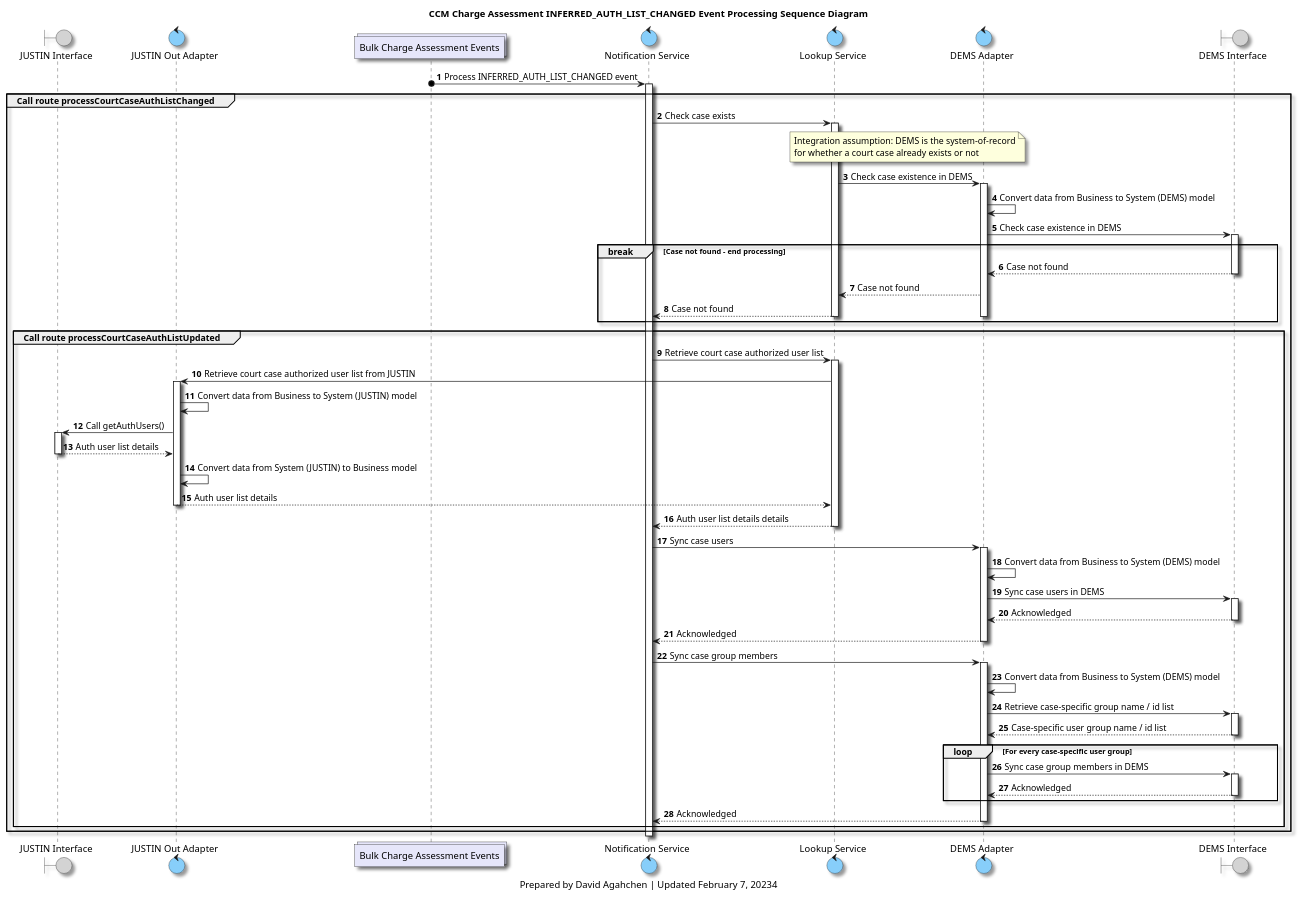
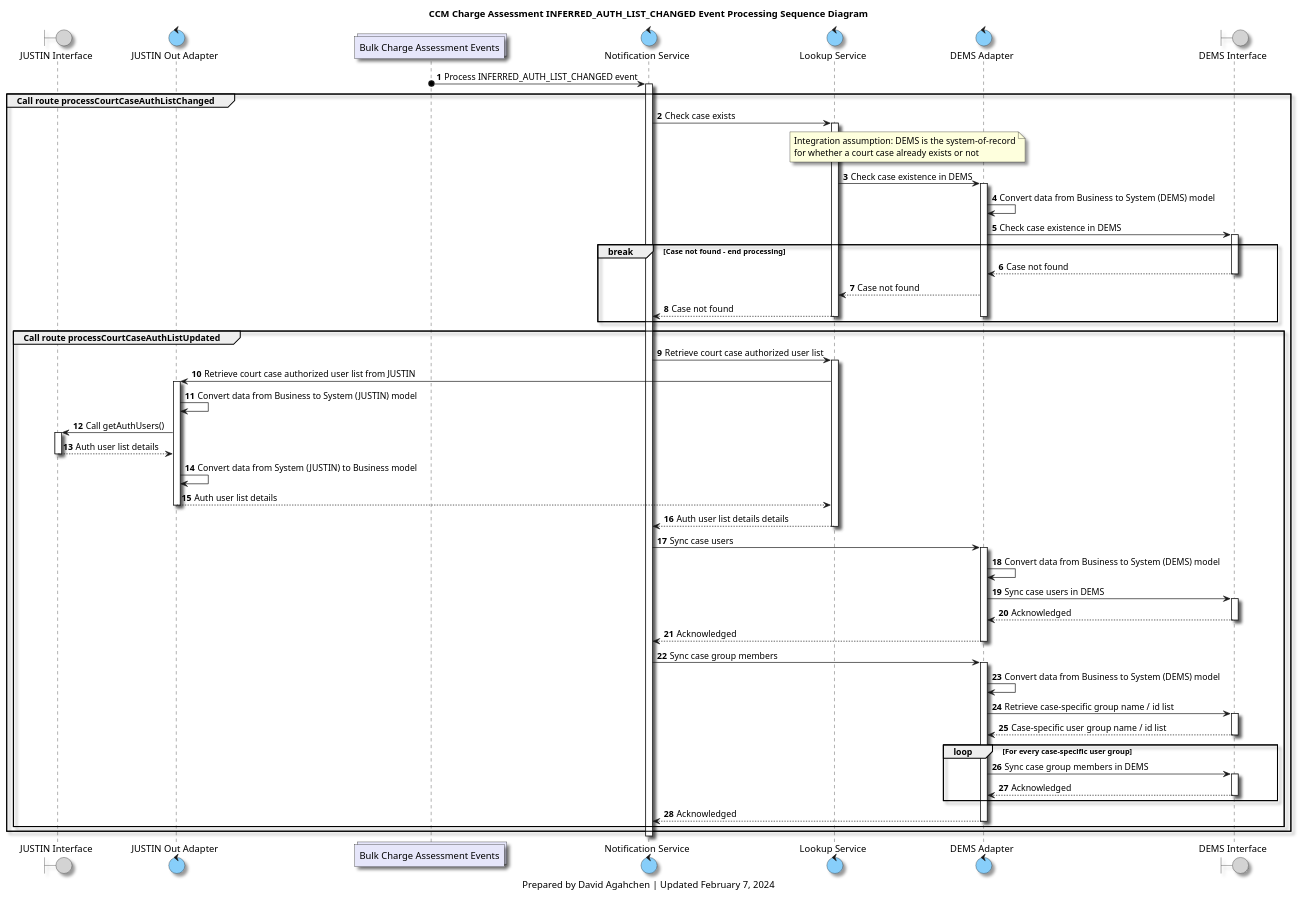
One commit to bcgov/jpss-jade-ccm changed the diagram in diagrams/ccm_charge_assessment_inferred_auth_list_changed_processing_sequence_diagram.plantuml. Above: the diagram before and after it, drawn with PlantUML. The commit also changed 5 other files, not shown here.

Commit message:
Update processing intervals and diagram dates

```diff
--- a/diagrams/ccm_charge_assessment_inferred_auth_list_changed_processing_sequence_diagram.plantuml
+++ b/diagrams/ccm_charge_assessment_inferred_auth_list_changed_processing_sequence_diagram.plantuml
@@ -1,106 +1,106 @@
 @startuml
 'hide footbox
 
 skinparam Shadowing true
 skinparam CollectionsBackgroundColor Lavender
 skinparam ControlBackgroundColor LightSkyBlue
 skinparam BoundaryBackgroundColor LightGrey
 
 /' 
 Available colours
 https://plantuml-documentation.readthedocs.io/en/latest/formatting/color-names.html
 '/
 
 boundary j_interface as "JUSTIN Interface"
 control j_adapter as "JUSTIN Out Adapter"
 collections inferred_charge_assessments_topic as "Bulk Charge Assessment Events"
 control notification_service as "Notification Service"
 control lookup_service as "Lookup Service"
 control d_adapter as "DEMS Adapter"
 boundary d_interface as "DEMS Interface"
 
 title
 CCM Charge Assessment INFERRED_AUTH_LIST_CHANGED Event Processing Sequence Diagram
 end title
 
 autonumber
 
 inferred_charge_assessments_topic o-> notification_service : Process INFERRED_AUTH_LIST_CHANGED event
 activate notification_service
 
 group Call route processCourtCaseAuthListChanged
 
     notification_service -> lookup_service: Check case exists
     activate lookup_service
     note over lookup_service, d_adapter
     Integration assumption: DEMS is the system-of-record
     for whether a court case already exists or not
     end note
     lookup_service -> d_adapter: Check case existence in DEMS
     activate d_adapter
     d_adapter -> d_adapter: Convert data from Business to System (DEMS) model
     d_adapter -> d_interface: Check case existence in DEMS
     activate d_interface
 
     break Case not found - end processing
     d_interface --> d_adapter: Case not found
     deactivate d_interface
     d_adapter --> lookup_service: Case not found
     lookup_service --> notification_service: Case not found
     deactivate lookup_service
     deactivate d_adapter
     end break
 
     group Call route processCourtCaseAuthListUpdated
 
         notification_service -> lookup_service: Retrieve court case authorized user list
         activate lookup_service
         lookup_service -> j_adapter: Retrieve court case authorized user list from JUSTIN
 
         activate j_adapter
         j_adapter -> j_adapter: Convert data from Business to System (JUSTIN) model
         j_adapter -> j_interface: Call getAuthUsers()
         activate j_interface
         j_interface --> j_adapter: Auth user list details
         deactivate j_interface
         j_adapter -> j_adapter: Convert data from System (JUSTIN) to Business model
         j_adapter --> lookup_service: Auth user list details
         deactivate j_adapter
 
         lookup_service --> notification_service: Auth user list details details
         deactivate lookup_service
 
         notification_service -> d_adapter: Sync case users
         activate d_adapter
         d_adapter -> d_adapter: Convert data from Business to System (DEMS) model
         d_adapter -> d_interface: Sync case users in DEMS
         activate d_interface
         d_interface --> d_adapter: Acknowledged
         deactivate d_interface
         d_adapter --> notification_service: Acknowledged
         deactivate d_adapter
 
         notification_service -> d_adapter: Sync case group members
         activate d_adapter
         d_adapter -> d_adapter: Convert data from Business to System (DEMS) model
         d_adapter -> d_interface: Retrieve case-specific group name / id list
         activate d_interface
         d_interface --> d_adapter: Case-specific user group name / id list
         deactivate d_interface
         loop For every case-specific user group
             d_adapter -> d_interface: Sync case group members in DEMS
             activate d_interface
             d_interface --> d_adapter: Acknowledged
             deactivate d_interface
         end
         d_adapter --> notification_service: Acknowledged
         deactivate d_adapter
     end group
 end group
 
 deactivate notification_service
 
 caption
-Prepared by David Agahchen | Updated February 7, 20234
+Prepared by David Agahchen | Updated February 7, 2024
 end caption
 @enduml
```
